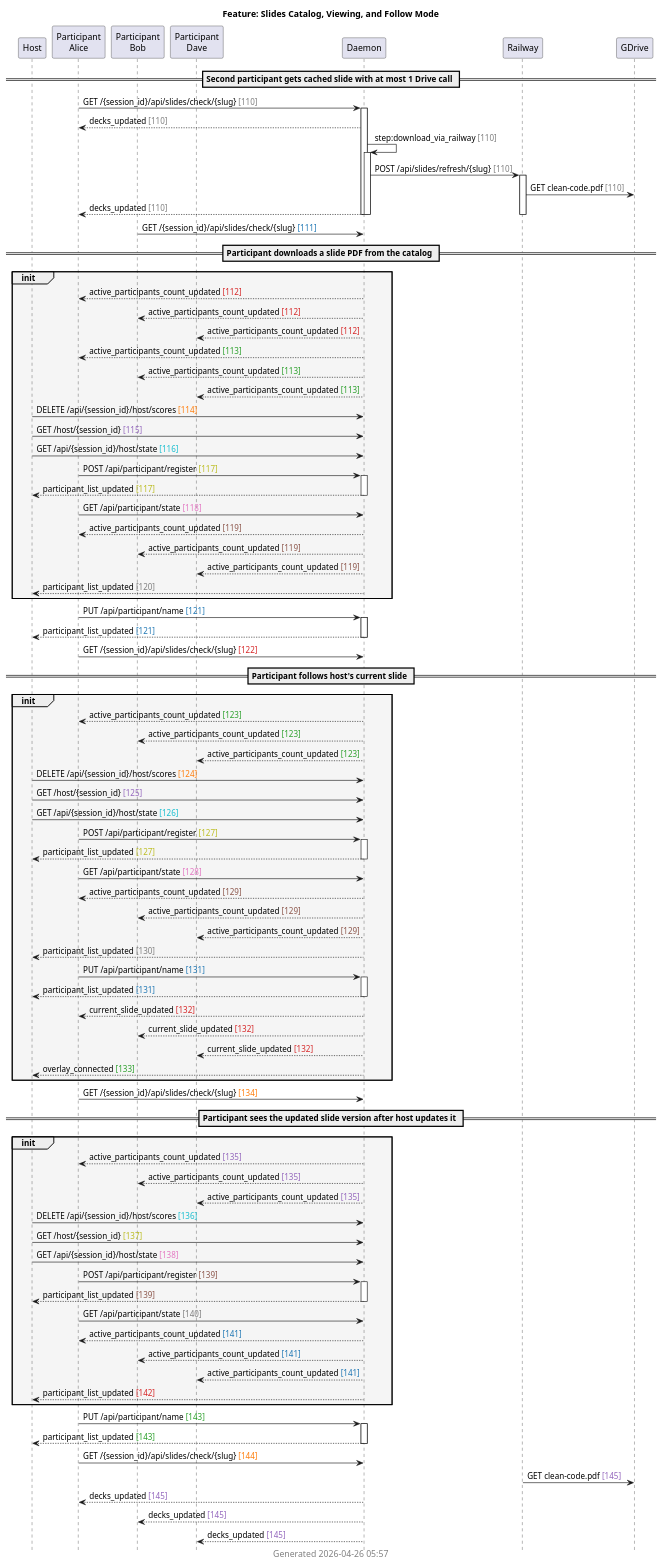
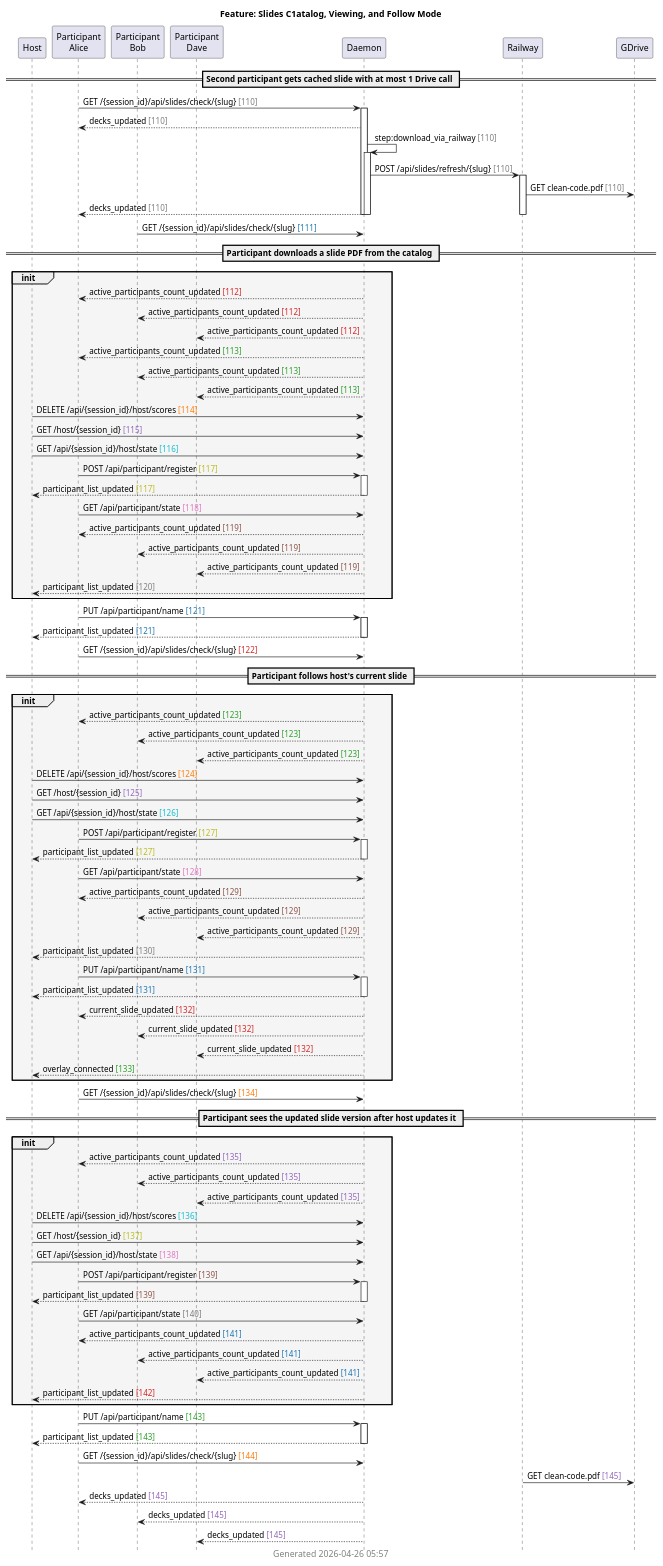
Before and after one commit to victorrentea/training-assistant: the diagram in docs/sequences/extracted/slides-sequence.puml, drawn with PlantUML. The commit also changed 2 other files, not shown here.

```diff
--- a/docs/sequences/extracted/slides-sequence.puml
+++ b/docs/sequences/extracted/slides-sequence.puml
@@ -1,114 +1,114 @@
 @startuml
 hide footbox
-title Feature: Slides Catalog, Viewing, and Follow Mode
+title Feature: Slides C1atalog, Viewing, and Follow Mode
 caption <color:gray>Generated 2026-04-26 05:57</color>
 
 participant "Host"
 participant "Participant\nAlice"
 participant "Participant\nBob"
 participant "Participant\nDave"
 participant "Daemon"
 participant "Railway"
 participant "GDrive"
 
 == Second participant gets cached slide with at most 1 Drive call ==
 
 "Participant\nAlice" -> "Daemon": GET /{session_id}/api/slides/check/{slug} <color:#7F7F7F>[110]</color>
 activate "Daemon"
 "Daemon" --> "Participant\nAlice": decks_updated <color:#7F7F7F>[110]</color>
 "Daemon" -> "Daemon": step:download_via_railway <color:#7F7F7F>[110]</color>
 activate "Daemon"
 "Daemon" -> "Railway": POST /api/slides/refresh/{slug} <color:#7F7F7F>[110]</color>
 activate "Railway"
 "Railway" -> "GDrive": GET clean-code.pdf <color:#7F7F7F>[110]</color>
 "Daemon" --> "Participant\nAlice": decks_updated <color:#7F7F7F>[110]</color>
 deactivate "Daemon"
 deactivate "Railway"
 deactivate "Daemon"
 "Participant\nBob" -> "Daemon": GET /{session_id}/api/slides/check/{slug} <color:#1F77B4>[111]</color>
 
 == Participant downloads a slide PDF from the catalog ==
 group #F5F5F5 init
   "Daemon" --> "Participant\nAlice": active_participants_count_updated <color:#D62728>[112]</color>
   "Daemon" --> "Participant\nBob": active_participants_count_updated <color:#D62728>[112]</color>
   "Daemon" --> "Participant\nDave": active_participants_count_updated <color:#D62728>[112]</color>
   "Daemon" --> "Participant\nAlice": active_participants_count_updated <color:#2CA02C>[113]</color>
   "Daemon" --> "Participant\nBob": active_participants_count_updated <color:#2CA02C>[113]</color>
   "Daemon" --> "Participant\nDave": active_participants_count_updated <color:#2CA02C>[113]</color>
   "Host" -> "Daemon": DELETE /api/{session_id}/host/scores <color:#FF7F0E>[114]</color>
   "Host" -> "Daemon": GET /host/{session_id} <color:#9467BD>[115]</color>
   "Host" -> "Daemon": GET /api/{session_id}/host/state <color:#17BECF>[116]</color>
   "Participant\nAlice" -> "Daemon": POST /api/participant/register <color:#BCBD22>[117]</color>
   activate "Daemon"
   "Daemon" --> "Host": participant_list_updated <color:#BCBD22>[117]</color>
   deactivate "Daemon"
   "Participant\nAlice" -> "Daemon": GET /api/participant/state <color:#E377C2>[118]</color>
   "Daemon" --> "Participant\nAlice": active_participants_count_updated <color:#8C564B>[119]</color>
   "Daemon" --> "Participant\nBob": active_participants_count_updated <color:#8C564B>[119]</color>
   "Daemon" --> "Participant\nDave": active_participants_count_updated <color:#8C564B>[119]</color>
   "Daemon" --> "Host": participant_list_updated <color:#7F7F7F>[120]</color>
 end
 "Participant\nAlice" -> "Daemon": PUT /api/participant/name <color:#1F77B4>[121]</color>
 activate "Daemon"
 "Daemon" --> "Host": participant_list_updated <color:#1F77B4>[121]</color>
 deactivate "Daemon"
 "Participant\nAlice" -> "Daemon": GET /{session_id}/api/slides/check/{slug} <color:#D62728>[122]</color>
 
 == Participant follows host's current slide ==
 group #F5F5F5 init
   "Daemon" --> "Participant\nAlice": active_participants_count_updated <color:#2CA02C>[123]</color>
   "Daemon" --> "Participant\nBob": active_participants_count_updated <color:#2CA02C>[123]</color>
   "Daemon" --> "Participant\nDave": active_participants_count_updated <color:#2CA02C>[123]</color>
   "Host" -> "Daemon": DELETE /api/{session_id}/host/scores <color:#FF7F0E>[124]</color>
   "Host" -> "Daemon": GET /host/{session_id} <color:#9467BD>[125]</color>
   "Host" -> "Daemon": GET /api/{session_id}/host/state <color:#17BECF>[126]</color>
   "Participant\nAlice" -> "Daemon": POST /api/participant/register <color:#BCBD22>[127]</color>
   activate "Daemon"
   "Daemon" --> "Host": participant_list_updated <color:#BCBD22>[127]</color>
   deactivate "Daemon"
   "Participant\nAlice" -> "Daemon": GET /api/participant/state <color:#E377C2>[128]</color>
   "Daemon" --> "Participant\nAlice": active_participants_count_updated <color:#8C564B>[129]</color>
   "Daemon" --> "Participant\nBob": active_participants_count_updated <color:#8C564B>[129]</color>
   "Daemon" --> "Participant\nDave": active_participants_count_updated <color:#8C564B>[129]</color>
   "Daemon" --> "Host": participant_list_updated <color:#7F7F7F>[130]</color>
   "Participant\nAlice" -> "Daemon": PUT /api/participant/name <color:#1F77B4>[131]</color>
   activate "Daemon"
   "Daemon" --> "Host": participant_list_updated <color:#1F77B4>[131]</color>
   deactivate "Daemon"
   "Daemon" --> "Participant\nAlice": current_slide_updated <color:#D62728>[132]</color>
   "Daemon" --> "Participant\nBob": current_slide_updated <color:#D62728>[132]</color>
   "Daemon" --> "Participant\nDave": current_slide_updated <color:#D62728>[132]</color>
   "Daemon" --> "Host": overlay_connected <color:#2CA02C>[133]</color>
 end
 "Participant\nAlice" -> "Daemon": GET /{session_id}/api/slides/check/{slug} <color:#FF7F0E>[134]</color>
 
 == Participant sees the updated slide version after host updates it ==
 group #F5F5F5 init
   "Daemon" --> "Participant\nAlice": active_participants_count_updated <color:#9467BD>[135]</color>
   "Daemon" --> "Participant\nBob": active_participants_count_updated <color:#9467BD>[135]</color>
   "Daemon" --> "Participant\nDave": active_participants_count_updated <color:#9467BD>[135]</color>
   "Host" -> "Daemon": DELETE /api/{session_id}/host/scores <color:#17BECF>[136]</color>
   "Host" -> "Daemon": GET /host/{session_id} <color:#BCBD22>[137]</color>
   "Host" -> "Daemon": GET /api/{session_id}/host/state <color:#E377C2>[138]</color>
   "Participant\nAlice" -> "Daemon": POST /api/participant/register <color:#8C564B>[139]</color>
   activate "Daemon"
   "Daemon" --> "Host": participant_list_updated <color:#8C564B>[139]</color>
   deactivate "Daemon"
   "Participant\nAlice" -> "Daemon": GET /api/participant/state <color:#7F7F7F>[140]</color>
   "Daemon" --> "Participant\nAlice": active_participants_count_updated <color:#1F77B4>[141]</color>
   "Daemon" --> "Participant\nBob": active_participants_count_updated <color:#1F77B4>[141]</color>
   "Daemon" --> "Participant\nDave": active_participants_count_updated <color:#1F77B4>[141]</color>
   "Daemon" --> "Host": participant_list_updated <color:#D62728>[142]</color>
 end
 "Participant\nAlice" -> "Daemon": PUT /api/participant/name <color:#2CA02C>[143]</color>
 activate "Daemon"
 "Daemon" --> "Host": participant_list_updated <color:#2CA02C>[143]</color>
 deactivate "Daemon"
 "Participant\nAlice" -> "Daemon": GET /{session_id}/api/slides/check/{slug} <color:#FF7F0E>[144]</color>
 "Railway" -> "GDrive": GET clean-code.pdf <color:#9467BD>[145]</color>
 "Daemon" --> "Participant\nAlice": decks_updated <color:#9467BD>[145]</color>
 "Daemon" --> "Participant\nBob": decks_updated <color:#9467BD>[145]</color>
 "Daemon" --> "Participant\nDave": decks_updated <color:#9467BD>[145]</color>
 
 
 @enduml
```
